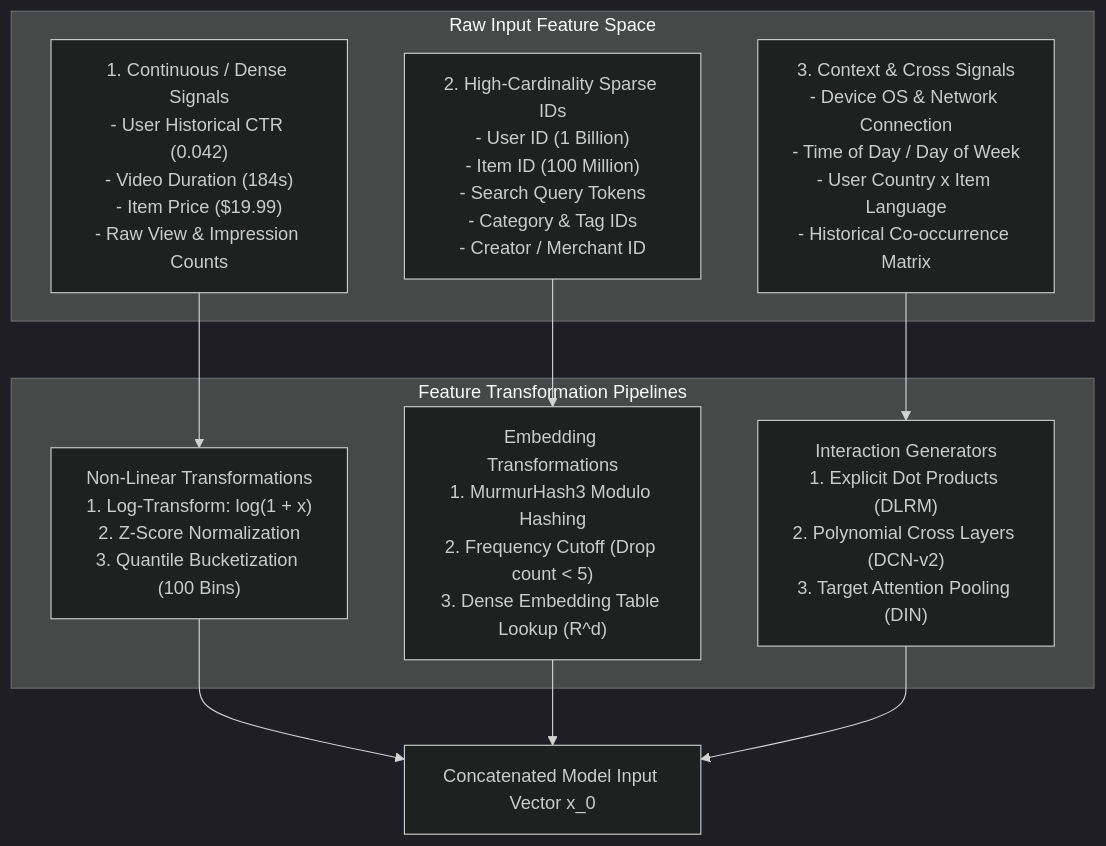
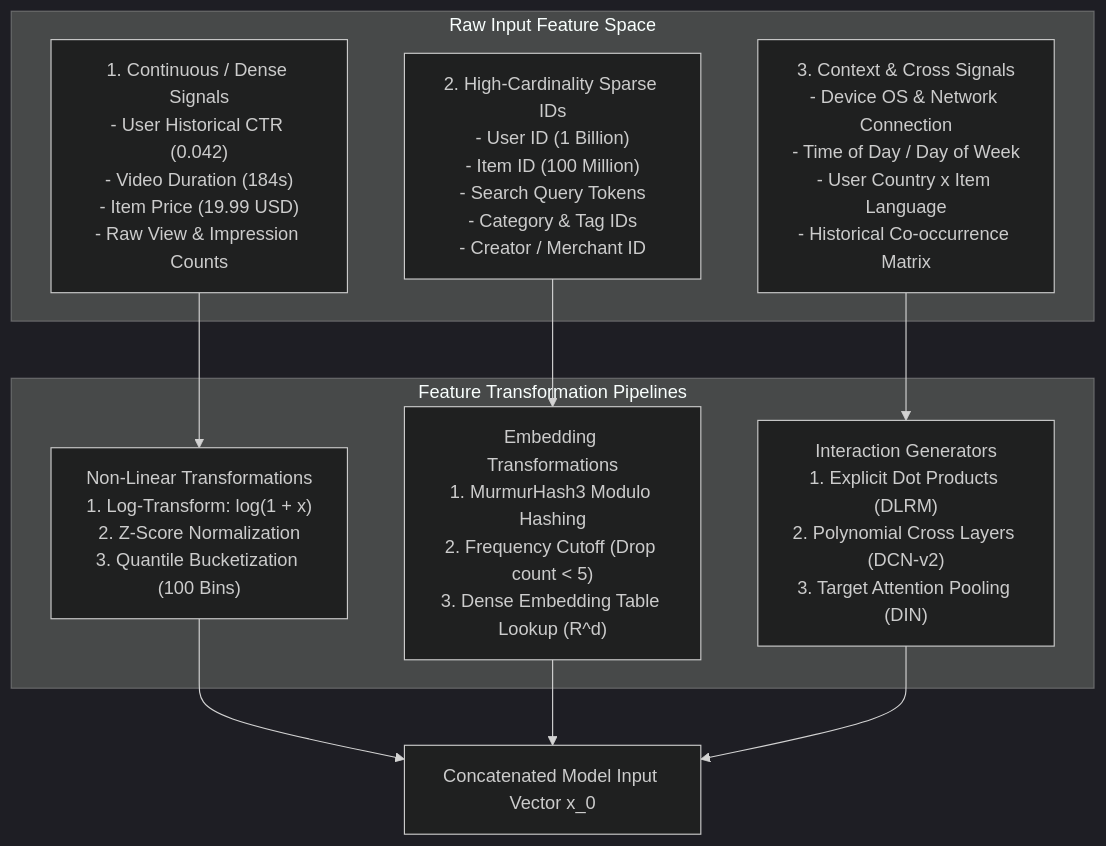
The third of 14 diagrams in System_Design/01_Recommendation_Systems/Part_2_Ranking_PreRanking_and_Feature_Engineering.md (jyotipmahes/ML-Interview-Prep), drawn with Mermaid (dark theme) before and after one commit. The commit also changed other lines of this file and 1 other file, not shown here.

Commit message:
Fix Mermaid syntax (arrows) and KaTeX math delimiter rendering across Part 1 and Part 2

````diff
--- a/System_Design/01_Recommendation_Systems/Part_2_Ranking_PreRanking_and_Feature_Engineering.md
+++ b/System_Design/01_Recommendation_Systems/Part_2_Ranking_PreRanking_and_Feature_Engineering.md
@@ -178,22 +178,22 @@
 ```mermaid
 flowchart TD
     subgraph RawFeatures ["Raw Input Feature Space"]
-        Dense["1. Continuous / Dense Signals<br/>- User Historical CTR (0.042)<br/>- Video Duration (184s)<br/>- Item Price ($19.99)<br/>- Raw View & Impression Counts"]
+        Dense["1. Continuous / Dense Signals<br/>- User Historical CTR (0.042)<br/>- Video Duration (184s)<br/>- Item Price (19.99 USD)<br/>- Raw View & Impression Counts"]
         Sparse["2. High-Cardinality Sparse IDs<br/>- User ID (1 Billion)<br/>- Item ID (100 Million)<br/>- Search Query Tokens<br/>- Category & Tag IDs<br/>- Creator / Merchant ID"]
         Context["3. Context & Cross Signals<br/>- Device OS & Network Connection<br/>- Time of Day / Day of Week<br/>- User Country x Item Language<br/>- Historical Co-occurrence Matrix"]
     end
 
     subgraph Preprocessing ["Feature Transformation Pipelines"]
         P_Dense["Non-Linear Transformations<br/>1. Log-Transform: log(1 + x)<br/>2. Z-Score Normalization<br/>3. Quantile Bucketization (100 Bins)"]
         P_Sparse["Embedding Transformations<br/>1. MurmurHash3 Modulo Hashing<br/>2. Frequency Cutoff (Drop count < 5)<br/>3. Dense Embedding Table Lookup (R^d)"]
         P_Cross["Interaction Generators<br/>1. Explicit Dot Products (DLRM)<br/>2. Polynomial Cross Layers (DCN-v2)<br/>3. Target Attention Pooling (DIN)"]
     end
 
     Dense --> P_Dense
     Sparse --> P_Sparse
     Context --> P_Cross
 
     P_Dense --> ModelInput["Concatenated Model Input Vector x_0"]
     P_Sparse --> ModelInput
     P_Cross --> ModelInput
 ```
````
